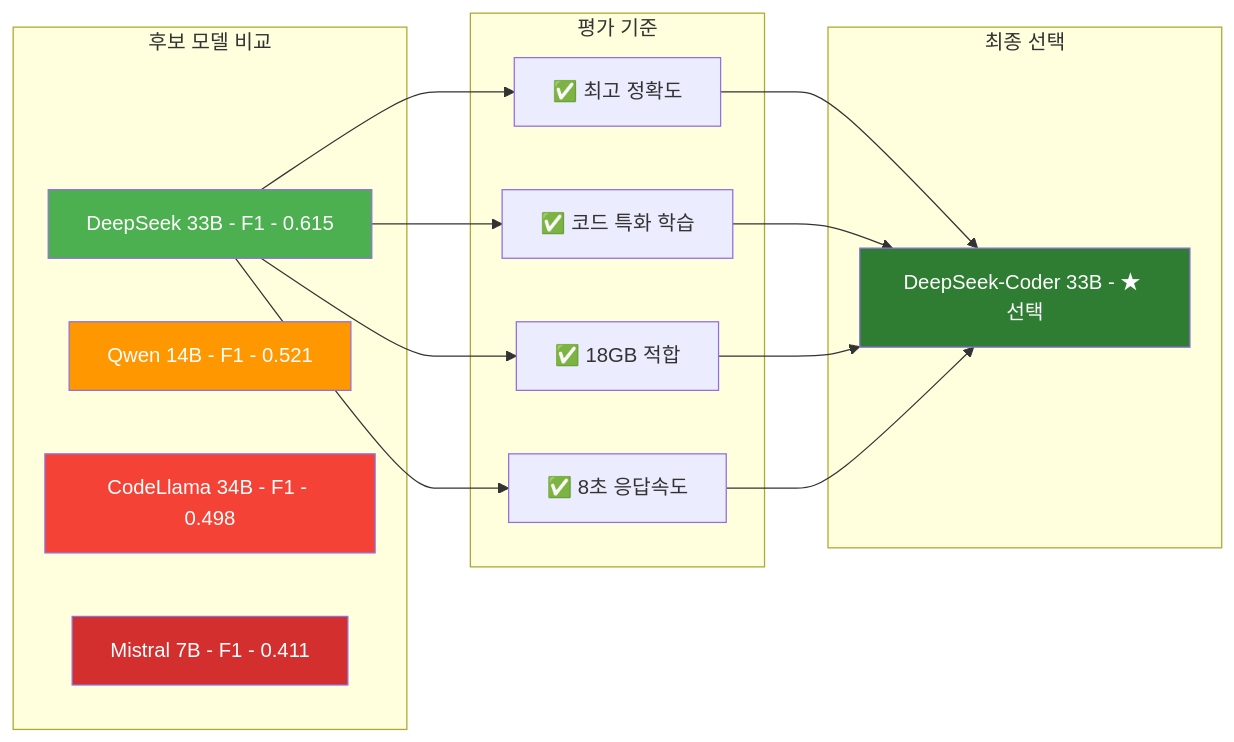
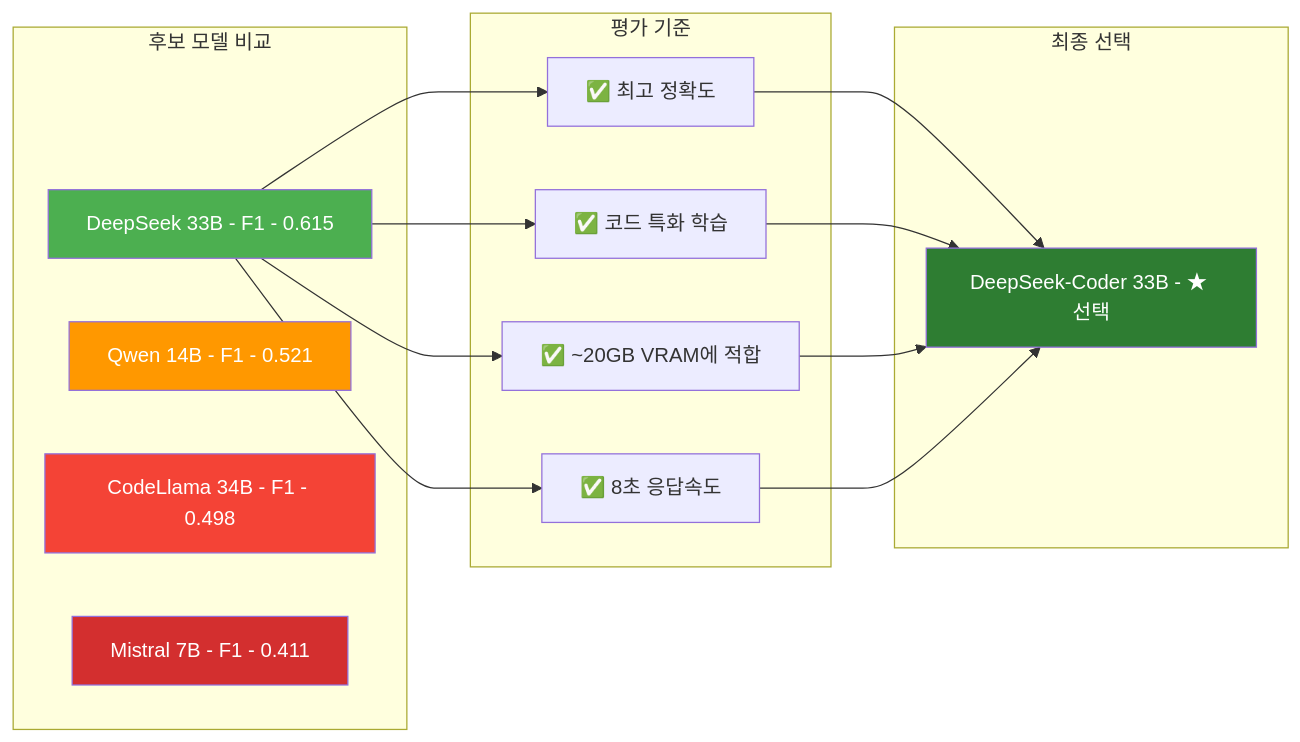
One commit to ApeachM/llm-code-reviewer changed the fifth of 39 diagrams in PRESENTATION.md. Above: the diagram before and after it, drawn with Mermaid. The commit also changed other lines of this file, not shown here.

````diff
--- a/PRESENTATION.md
+++ b/PRESENTATION.md
@@ -166,29 +174,29 @@
 ```mermaid
 graph LR
     subgraph "후보 모델 비교"
         M1[DeepSeek 33B - F1 - 0.615]
         M2[Qwen 14B - F1 - 0.521]
         M3[CodeLlama 34B - F1 - 0.498]
         M4[Mistral 7B - F1 - 0.411]
     end
 
     subgraph "평가 기준"
         M1 --> C1[✅ 최고 정확도]
         M1 --> C2[✅ 코드 특화 학습]
-        M1 --> C3[✅ 18GB 적합]
+        M1 --> C3[✅ ~20GB VRAM에 적합]
         M1 --> C4[✅ 8초 응답속도]
     end
 
     subgraph "최종 선택"
         C1 --> Winner[DeepSeek-Coder 33B - ★ 선택]
         C2 --> Winner
         C3 --> Winner
         C4 --> Winner
     end
 
     style M1 fill:#4caf50,color:#fff
     style Winner fill:#2e7d32,color:#fff
     style M2 fill:#ff9800,color:#fff
     style M3 fill:#f44336,color:#fff
     style M4 fill:#d32f2f,color:#fff
 ```
````
